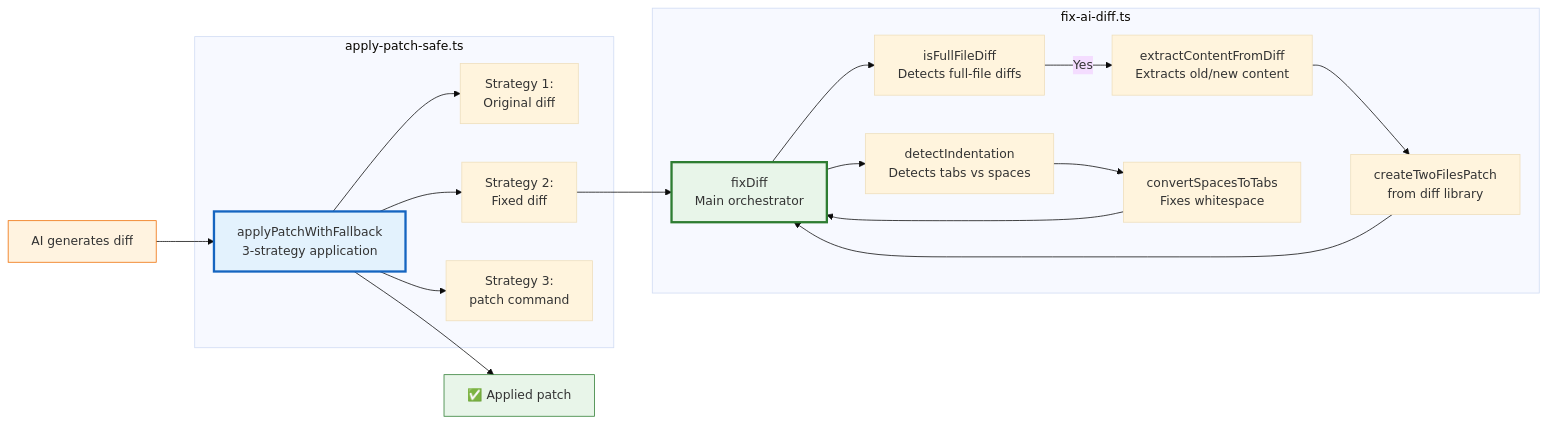
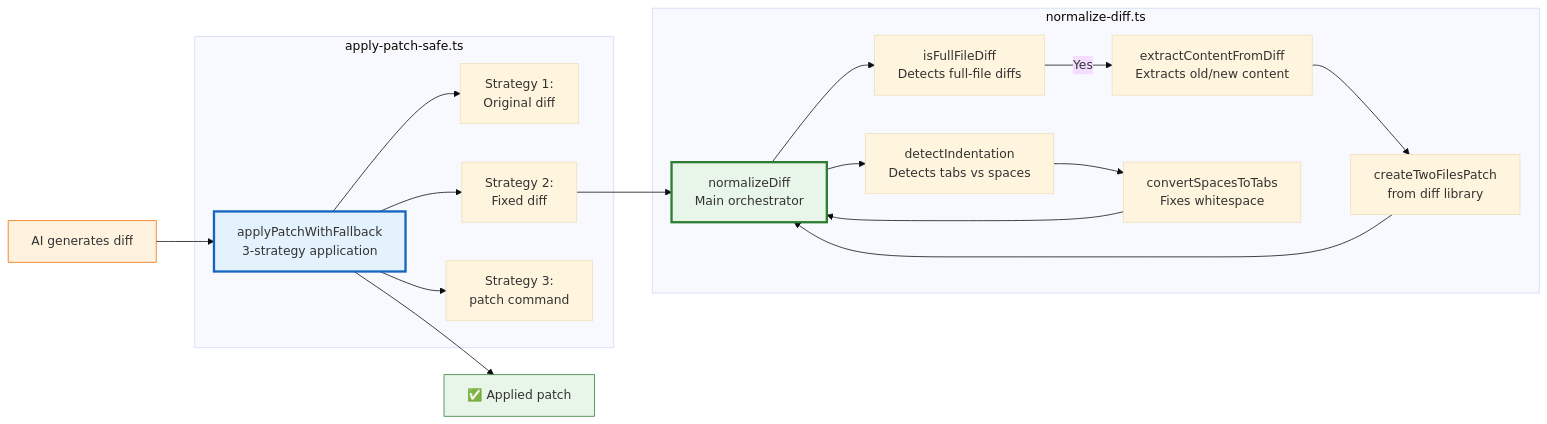
Before and after one commit to GabrielGomesBarbosa/mat-ai-agent: the second of 3 diagrams in README.md, drawn with Mermaid (base theme). The commit also changed other lines of this file and 1 other file, not shown here.

Commit message:
refactor: rename  to  and remove verbose comments from .

````diff
--- a/README.md
+++ b/README.md
@@ -221,38 +221,38 @@
 ```mermaid
 flowchart LR
-    subgraph "fix-ai-diff.ts"
-        fixDiff[fixDiff<br/>Main orchestrator]
+    subgraph "normalize-diff.ts"
+        normalizeDiff[normalizeDiff<br/>Main orchestrator]
         
         isFullFile[isFullFileDiff<br/>Detects full-file diffs]
         extract[extractContentFromDiff<br/>Extracts old/new content]
         detectIndent[detectIndentation<br/>Detects tabs vs spaces]
         convertTabs[convertSpacesToTabs<br/>Fixes whitespace]
         
-        fixDiff --> isFullFile
+        normalizeDiff --> isFullFile
         isFullFile -->|Yes| extract
         extract --> createPatch[createTwoFilesPatch<br/>from diff library]
-        createPatch --> fixDiff
+        createPatch --> normalizeDiff
         
-        fixDiff --> detectIndent
+        normalizeDiff --> detectIndent
         detectIndent --> convertTabs
-        convertTabs --> fixDiff
+        convertTabs --> normalizeDiff
     end
     
     subgraph "apply-patch-safe.ts"
         applyPatch[applyPatchWithFallback<br/>3-strategy application]
         
         applyPatch --> Strategy1[Strategy 1:<br/>Original diff]
         applyPatch --> Strategy2[Strategy 2:<br/>Fixed diff]
         applyPatch --> Strategy3[Strategy 3:<br/>patch command]
         
-        Strategy2 --> fixDiff
+        Strategy2 --> normalizeDiff
     end
     
     LLM[AI generates diff] --> applyPatch
     applyPatch --> Result[✅ Applied patch]
     
-    style fixDiff fill:#e8f5e9,stroke:#2e7d32,stroke-width:3px
+    style normalizeDiff fill:#e8f5e9,stroke:#2e7d32,stroke-width:3px
     style applyPatch fill:#e3f2fd,stroke:#1565c0,stroke-width:3px
     style LLM fill:#fff3e0,stroke:#ef6c00
     style Result fill:#e8f5e9,stroke:#2e7d32
 ```
````
